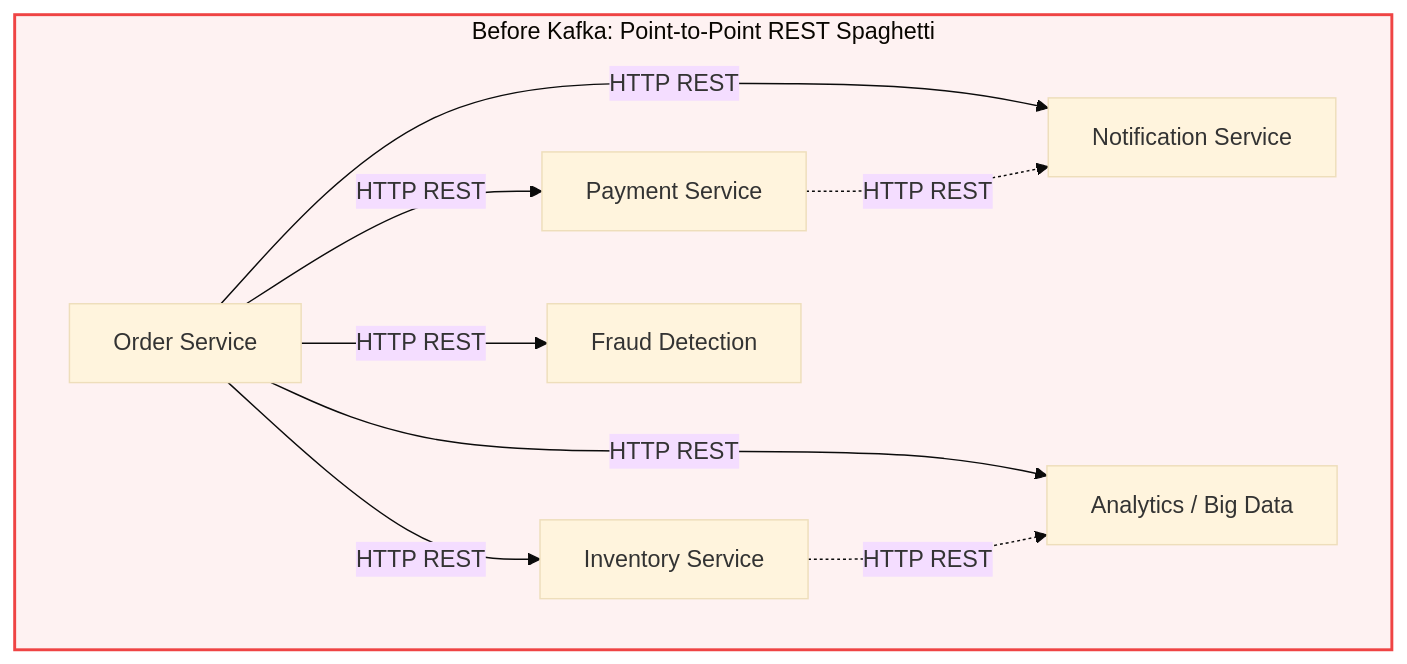
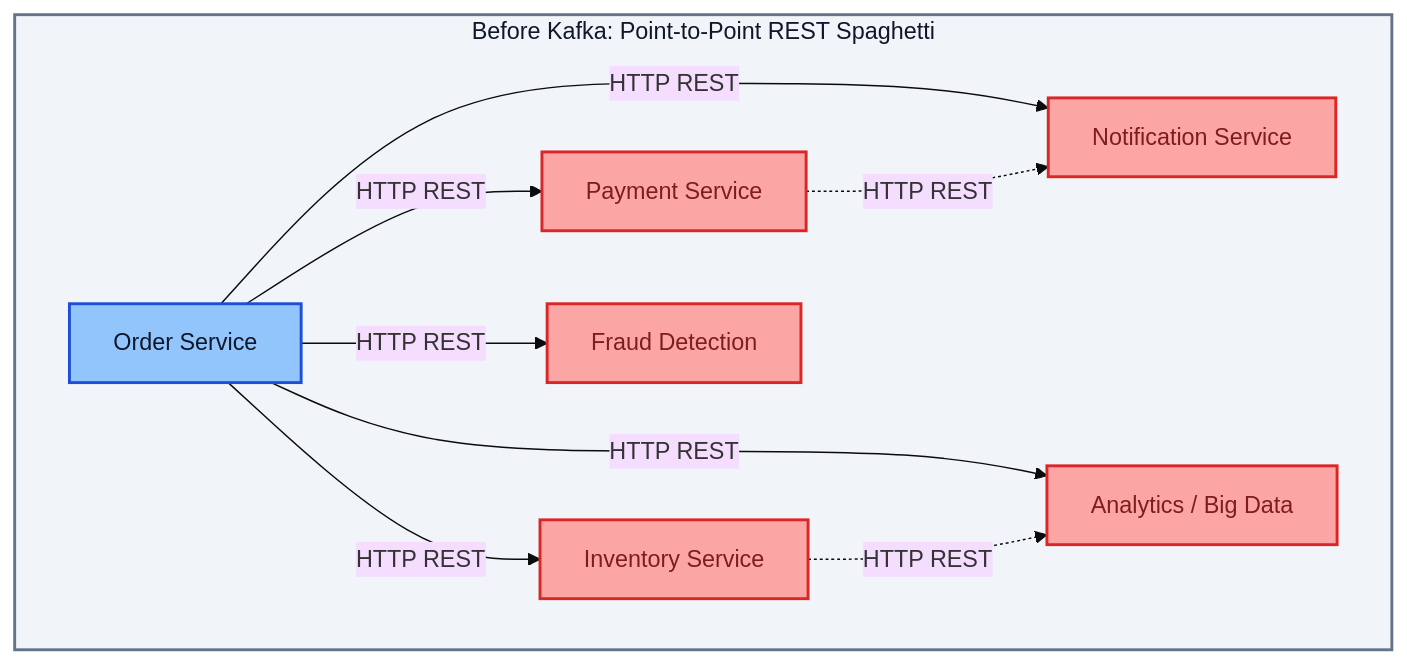
The first of 5 diagrams in 03-Apache-Kafka/01-Architecture-and-Log-Internals.md (PandeyKishan/Study-Notes), drawn with Mermaid (base theme) before and after one commit. The commit also changed other lines of this file and 22 other files, not shown here.

Commit message:
docs: enhance diagram visibility with high-contrast palette and add concise book definitions

````diff
--- a/03-Apache-Kafka/01-Architecture-and-Log-Internals.md
+++ b/03-Apache-Kafka/01-Architecture-and-Log-Internals.md
@@ -18,15 +18,21 @@
 ```mermaid
 flowchart TD
     subgraph Spaghetti["Before Kafka: Point-to-Point REST Spaghetti"]
         Order["Order Service"] -->|HTTP REST| Pay["Payment Service"]
         Order -->|HTTP REST| Inv["Inventory Service"]
         Order -->|HTTP REST| Notif["Notification Service"]
         Order -->|HTTP REST| Fraud["Fraud Detection"]
         Order -->|HTTP REST| Analytics["Analytics / Big Data"]
 
         Pay -.->|HTTP REST| Notif
         Inv -.->|HTTP REST| Analytics
     end
 
-    style Spaghetti fill:#fef2f2,stroke:#ef4444,stroke-width:2px
+    style Spaghetti fill:#f1f5f9,stroke:#64748b,stroke-width:2px,color:#0f172a
+    style Order fill:#93c5fd,stroke:#1d4ed8,stroke-width:2px,color:#0f172a
+    style Pay fill:#fca5a5,stroke:#dc2626,stroke-width:2px,color:#7f1d1d
+    style Inv fill:#fca5a5,stroke:#dc2626,stroke-width:2px,color:#7f1d1d
+    style Notif fill:#fca5a5,stroke:#dc2626,stroke-width:2px,color:#7f1d1d
+    style Fraud fill:#fca5a5,stroke:#dc2626,stroke-width:2px,color:#7f1d1d
+    style Analytics fill:#fca5a5,stroke:#dc2626,stroke-width:2px,color:#7f1d1d
 ```
````
